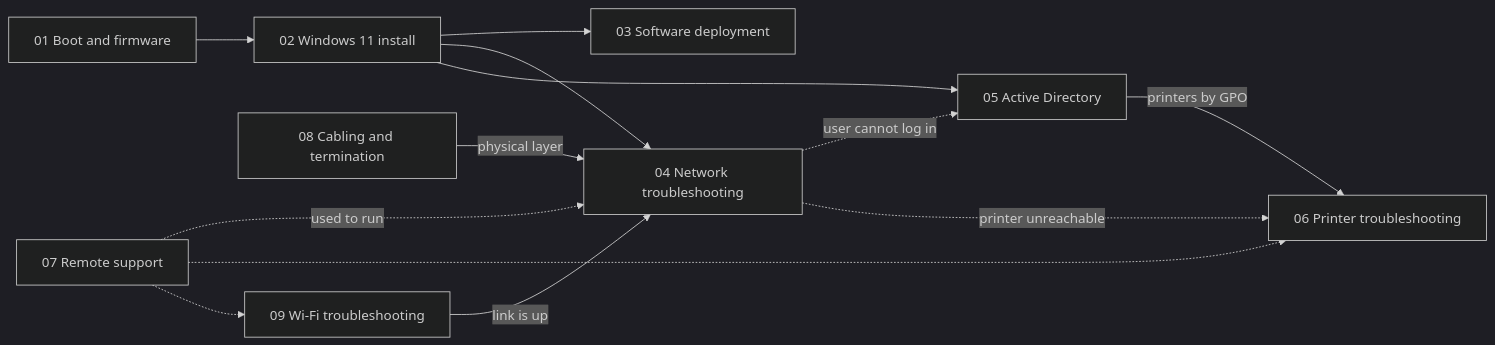
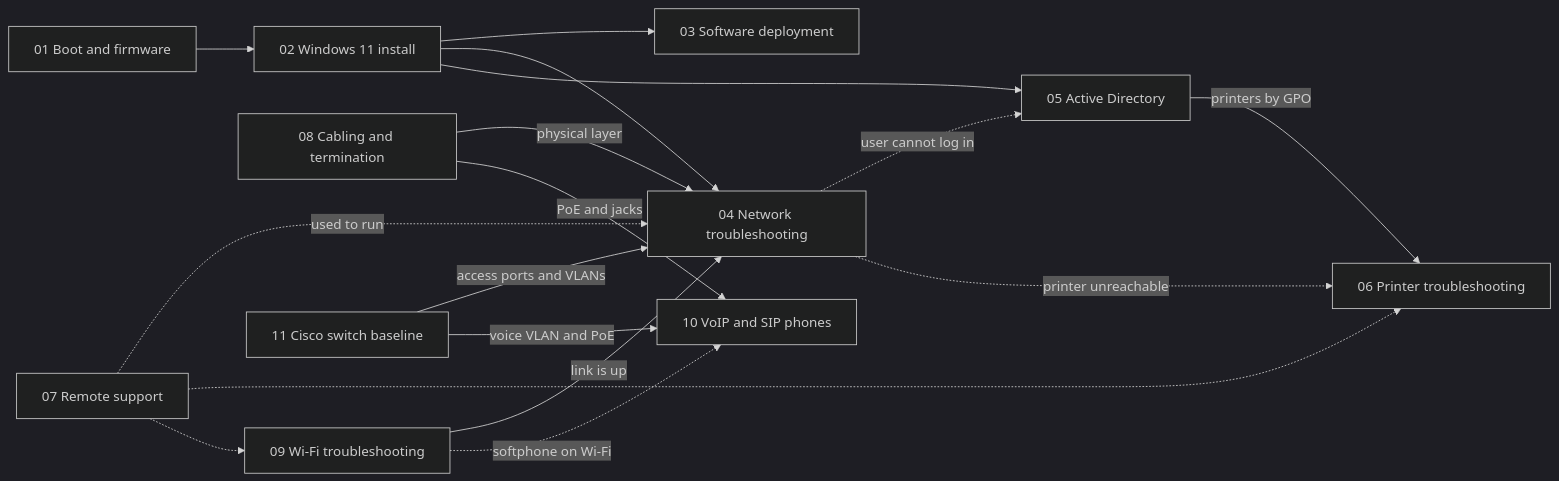
Before and after one commit to Bazeeza/Technical-Runbooks: the diagram in README.md, drawn with Mermaid (dark theme). The commit also changed other lines of this file, not shown here.

Commit message:
Add runbooks 10 and 11 to the README index and connection diagram

````diff
--- a/README.md
+++ b/README.md
@@ -53,15 +59,19 @@
 ```mermaid
 flowchart LR
     R01[01 Boot and firmware] --> R02[02 Windows 11 install]
     R02 --> R03[03 Software deployment]
     R02 --> R04[04 Network troubleshooting]
     R02 --> R05[05 Active Directory]
     R04 -.->|user cannot log in| R05
     R04 -.->|printer unreachable| R06[06 Printer troubleshooting]
     R05 -->|printers by GPO| R06
     R07[07 Remote support] -.->|used to run| R04
     R07 -.-> R06
     R08[08 Cabling and termination] -->|physical layer| R04
     R09[09 Wi-Fi troubleshooting] -->|link is up| R04
     R07 -.-> R09
+    R11[11 Cisco switch baseline] -->|access ports and VLANs| R04
+    R08 -->|PoE and jacks| R10[10 VoIP and SIP phones]
+    R11 -->|voice VLAN and PoE| R10
+    R09 -.->|softphone on Wi-Fi| R10
 ```
````
